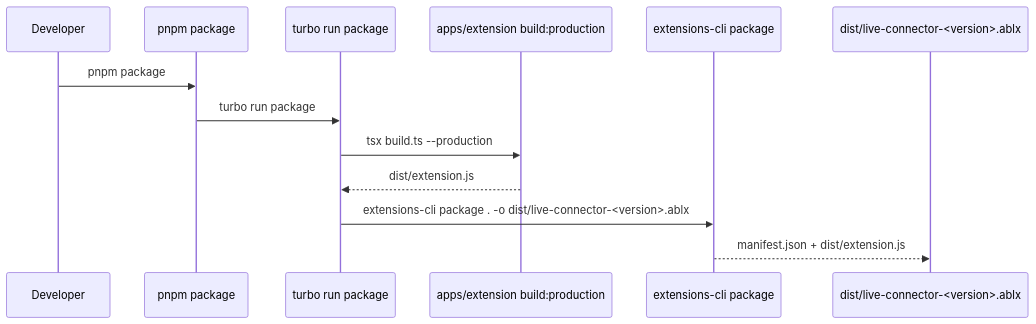
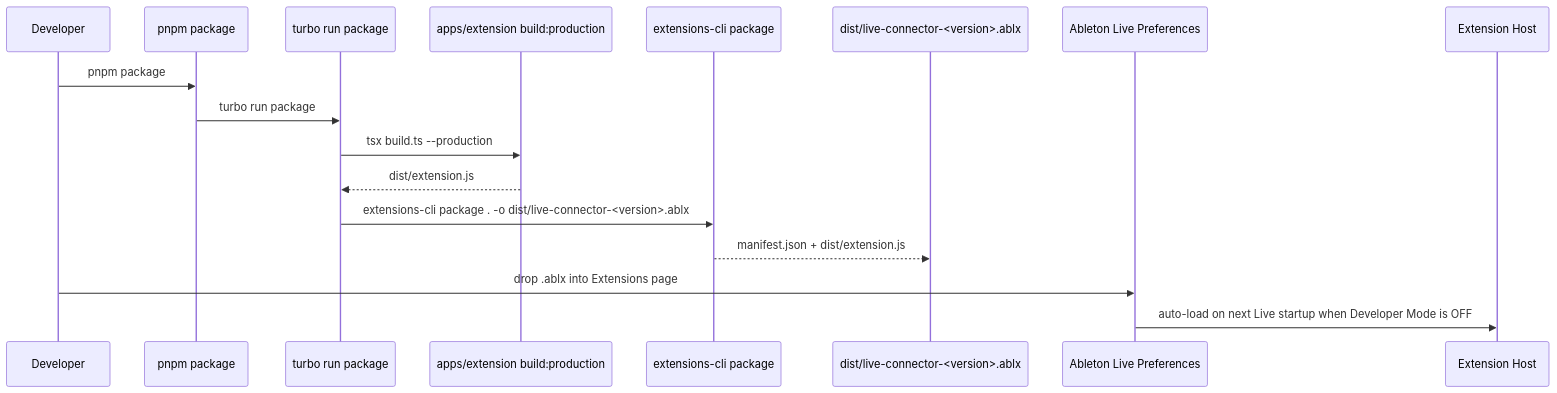
Before and after one commit to philtzjp/live-connector: the fourth of 7 diagrams in llm/ARCHITECTURE.md, drawn with Mermaid. The commit also changed other lines of this file and 1 other file, not shown here.

Commit message:
docs(extension): インストール型運用手順を追加する

````diff
--- a/llm/ARCHITECTURE.md
+++ b/llm/ARCHITECTURE.md
@@ -103,16 +115,20 @@
 ```mermaid
 sequenceDiagram
     participant user as Developer
     participant pnpm as pnpm package
     participant turbo as turbo run package
     participant build as apps/extension build:production
     participant cli as extensions-cli package
     participant dist as dist/live-connector-<version>.ablx
+    participant live as Ableton Live Preferences
+    participant host as Extension Host
 
     user->>pnpm: pnpm package
     pnpm->>turbo: turbo run package
     turbo->>build: tsx build.ts --production
     build-->>turbo: dist/extension.js
     turbo->>cli: extensions-cli package . -o dist/live-connector-<version>.ablx
     cli-->>dist: manifest.json + dist/extension.js
+    user->>live: drop .ablx into Extensions page
+    live->>host: auto-load on next Live startup when Developer Mode is OFF
 ```
````
